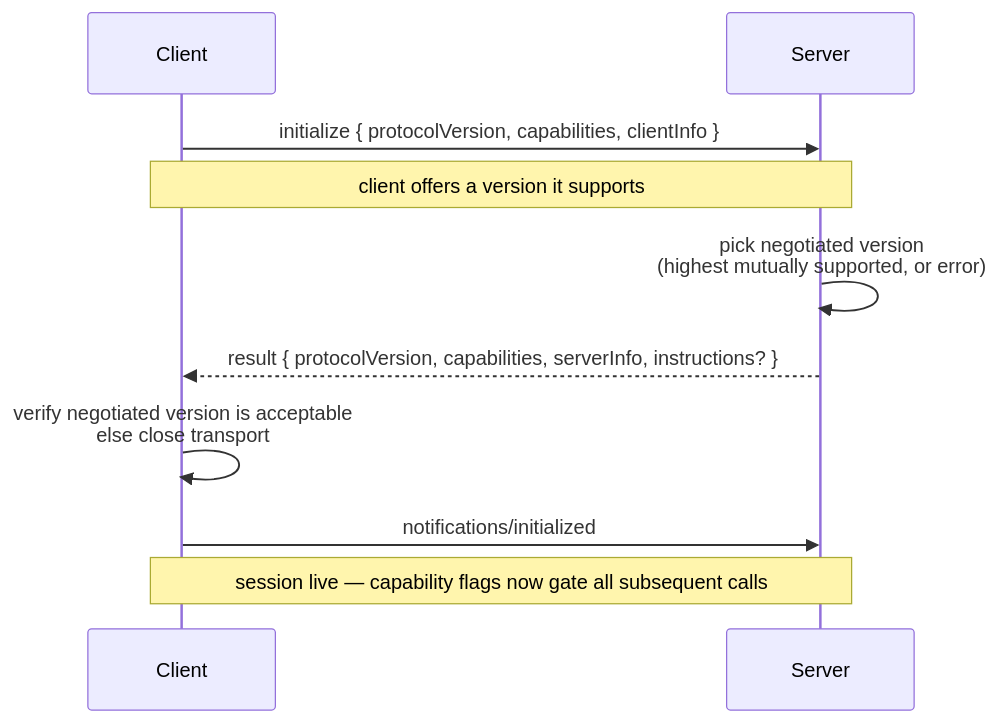
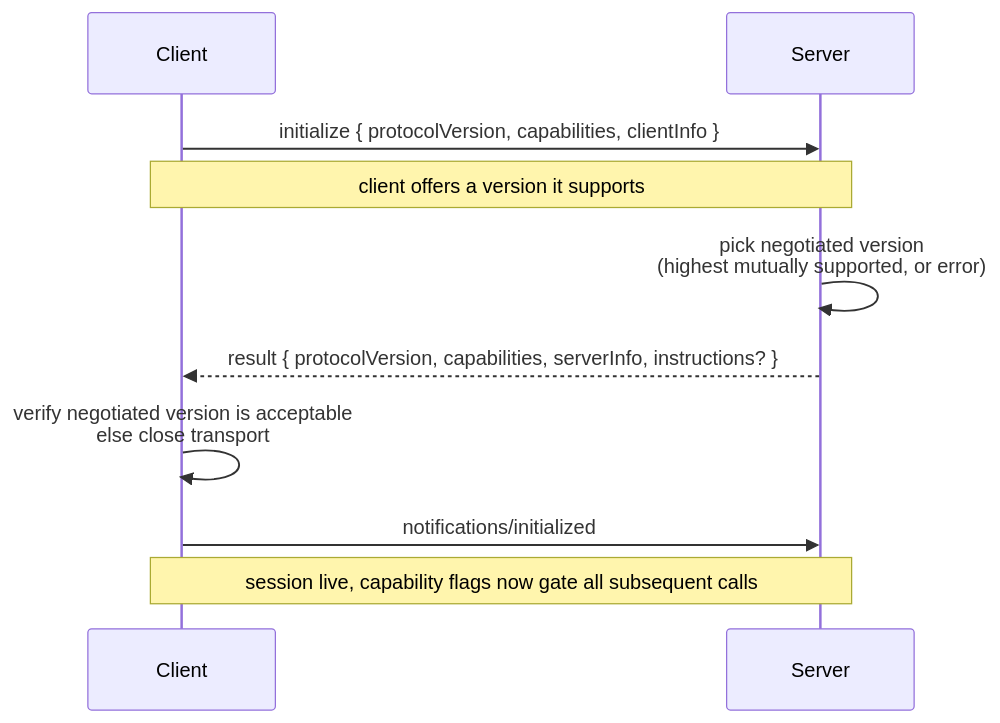
The second of 2 diagrams in tutorials/walkthrough/bringup.md (panyam/mcpkit), drawn with Mermaid before and after one commit. The commit also changed other lines of this file and 9 other files, not shown here.

````diff
--- a/tutorials/walkthrough/bringup.md
+++ b/tutorials/walkthrough/bringup.md
@@ -74,12 +74,12 @@
 ```mermaid
 sequenceDiagram
     participant C as Client
     participant S as Server
     C->>S: initialize { protocolVersion, capabilities, clientInfo }
     Note over C,S: client offers a version it supports
     S->>S: pick negotiated version<br/>(highest mutually supported, or error)
     S-->>C: result { protocolVersion, capabilities, serverInfo, instructions? }
     C->>C: verify negotiated version is acceptable<br/>else close transport
     C->>S: notifications/initialized
-    Note over C,S: session live — capability flags now gate all subsequent calls
+    Note over C,S: session live, capability flags now gate all subsequent calls
 ```
````
